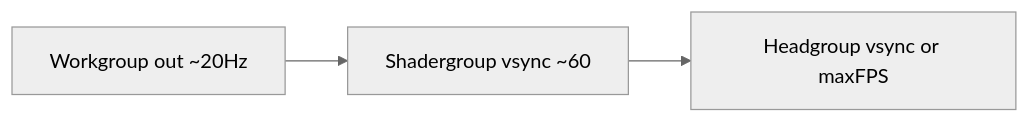
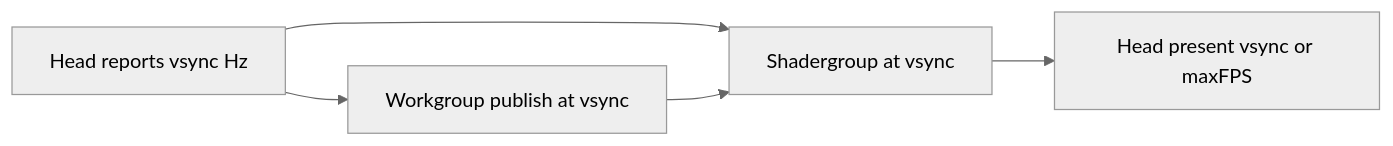
Before and after one commit to JonathanTippy/Critical-Zoomer: the diagram in docs/assistant/design/pipeline-refresh-rates.md, drawn with Mermaid (neutral theme). The commit also changed other lines of this file and 2 other files, not shown here.

````diff
--- a/docs/assistant/design/pipeline-refresh-rates.md
+++ b/docs/assistant/design/pipeline-refresh-rates.md
@@ -24,5 +20,7 @@
 ```mermaid
 flowchart LR
-  WG[Workgroup out ~20Hz] --> SG[Shadergroup vsync ~60]
-  SG --> HG[Headgroup vsync or maxFPS]
+  vsyncInfo[Head reports vsync Hz] --> WG[Workgroup publish at vsync]
+  vsyncInfo --> SG[Shadergroup at vsync]
+  WG --> SG
+  SG --> HG[Head present vsync or maxFPS]
 ```
````
